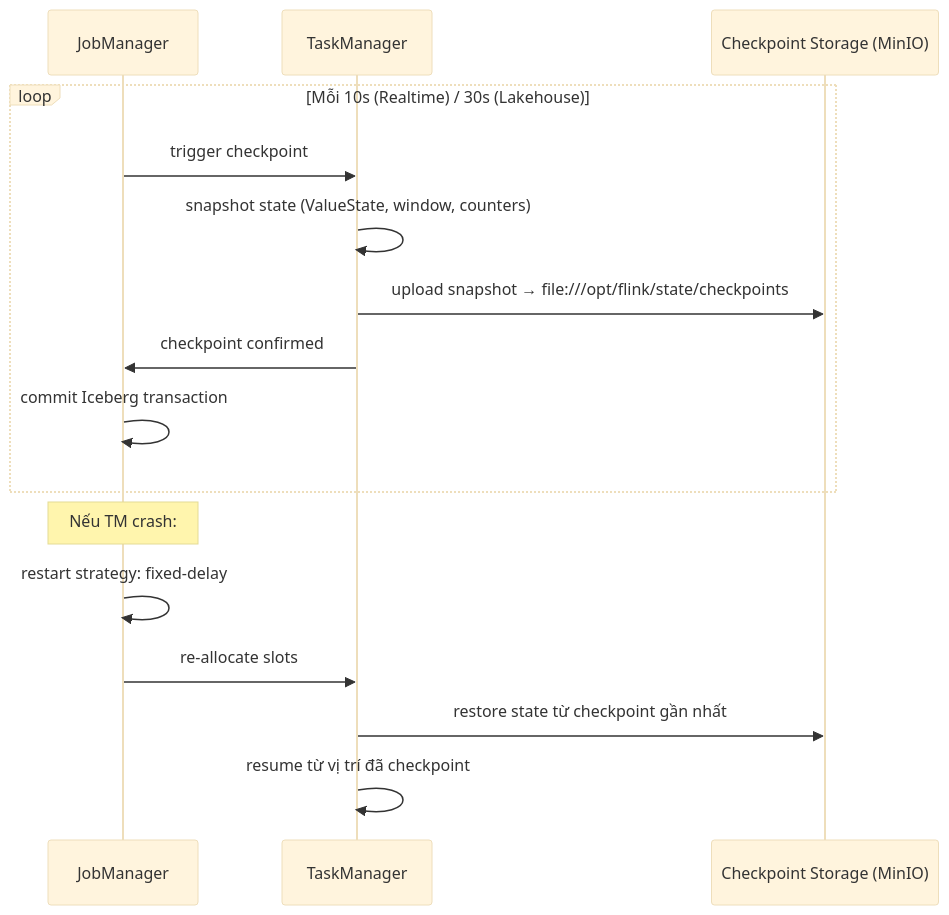
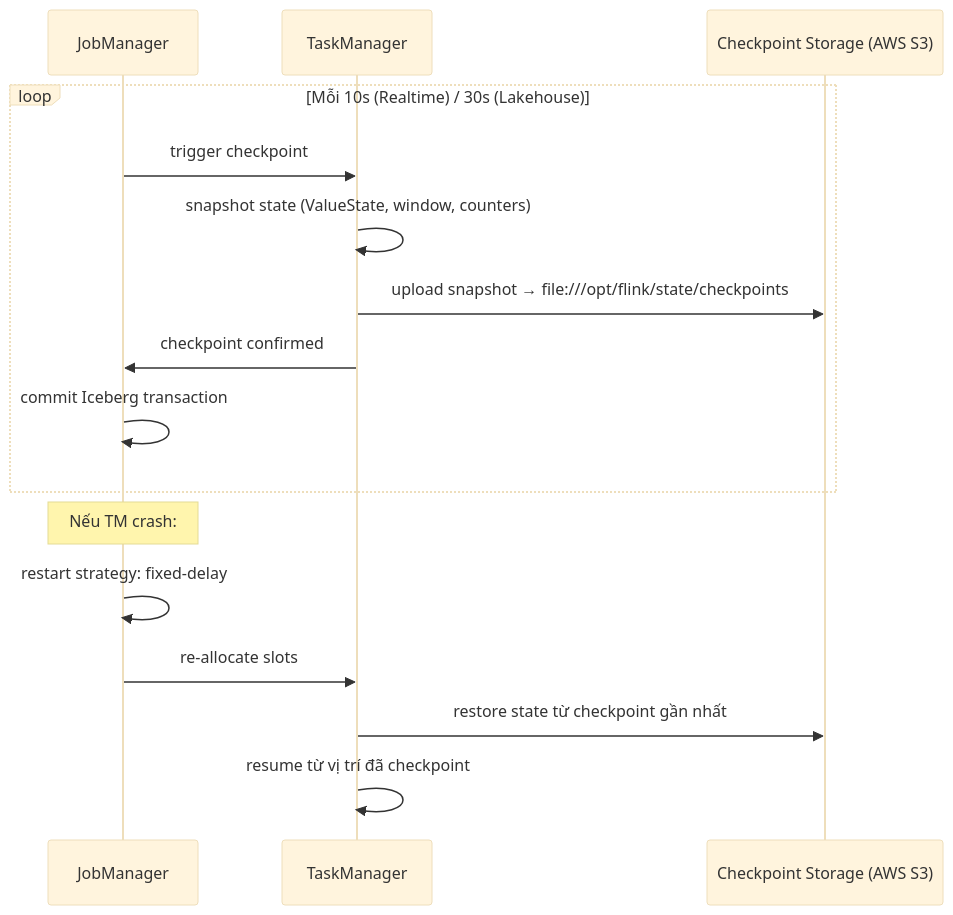
One commit to hungfnguyen/retail-video-analytics changed the fourth of 4 diagrams in docs/mermaid/03_flink/00_flink_architecture.md. Above: the diagram before and after it, drawn with Mermaid (base theme). The commit also changed 22 other files, not shown here.

Commit message:
docs(storage): update s3 architecture references

````diff
--- a/docs/mermaid/03_flink/00_flink_architecture.md
+++ b/docs/mermaid/03_flink/00_flink_architecture.md
@@ -218,20 +218,20 @@
 ```mermaid
 sequenceDiagram
     participant JM as JobManager
     participant TM as TaskManager
-    participant CK as Checkpoint Storage (MinIO)
+    participant CK as Checkpoint Storage (AWS S3)
 
     loop Mỗi 10s (Realtime) / 30s (Lakehouse)
         JM->>TM: trigger checkpoint
         TM->>TM: snapshot state (ValueState, window, counters)
         TM->>CK: upload snapshot → file:///opt/flink/state/checkpoints
         TM->>JM: checkpoint confirmed
         JM->>JM: commit Iceberg transaction
     end
 
     Note over JM: Nếu TM crash:
     JM->>JM: restart strategy: fixed-delay
     JM->>TM: re-allocate slots
     TM->>CK: restore state từ checkpoint gần nhất
     TM->>TM: resume từ vị trí đã checkpoint
 ```
````
